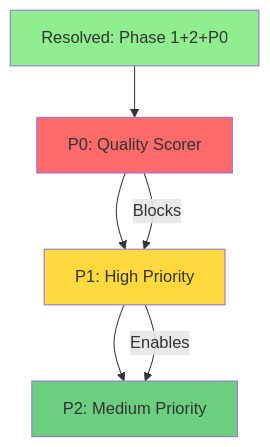
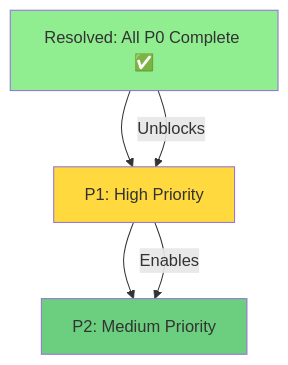
One commit to Nomoos/StoryGenerator changed the diagram in issues/INDEX.md. Above: the diagram before and after it, drawn with Mermaid. The commit also changed other lines of this file and 7 other files, not shown here.

Commit message:
Complete quality scorer issue and move to resolved - ALL P0 COMPLETE

````diff
--- a/issues/INDEX.md
+++ b/issues/INDEX.md
@@ -153,14 +153,12 @@
 ```mermaid
 graph TD
-    A[Resolved: Phase 1+2+P0] --> B[P0: Quality Scorer]
-    B --> C[P1: High Priority]
-    C --> D[P2: Medium Priority]
+    A[Resolved: All P0 Complete ✅] --> B[P1: High Priority]
+    B --> C[P2: Medium Priority]
     
-    B -->|Blocks| C
-    C -->|Enables| D
+    A -->|Unblocks| B
+    B -->|Enables| C
     
     style A fill:#90EE90
-    style B fill:#FF6B6B
-    style C fill:#FFD93D
-    style D fill:#6BCF7F
+    style B fill:#FFD93D
+    style C fill:#6BCF7F
 ```
````
